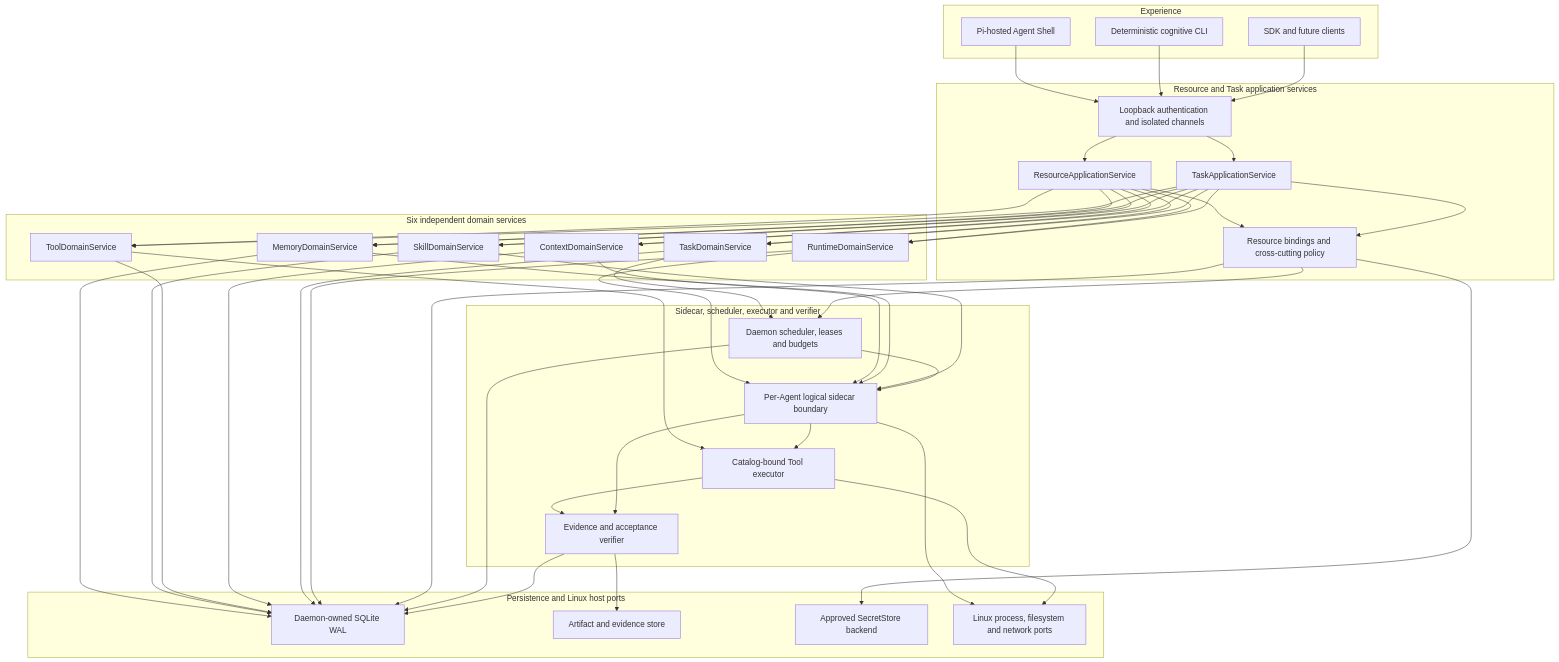
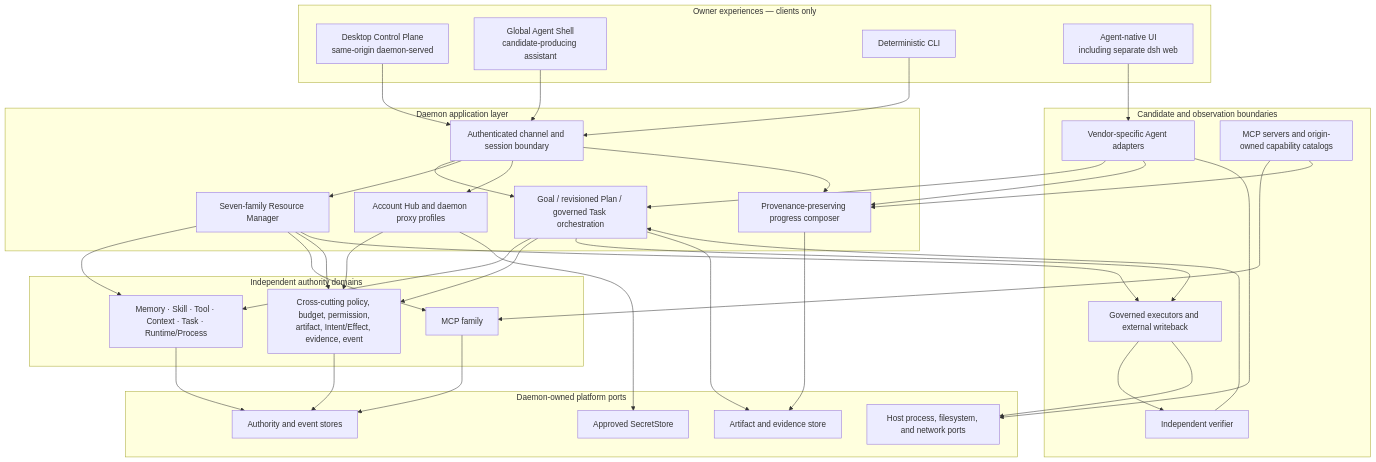
One commit to agentkernel/cognitive-os changed the first of 2 diagrams in personal/docs/architecture/system-architecture.md. Above: the diagram before and after it, drawn with Mermaid. The commit also changed other lines of this file and 123 other files, not shown here.

````diff
--- a/personal/docs/architecture/system-architecture.md
+++ b/personal/docs/architecture/system-architecture.md
@@ -29,85 +63,68 @@
 ```mermaid
 flowchart TB
-  subgraph experienceLayer["Experience"]
-    piShell["Pi-hosted Agent Shell"]
-    cognitiveCli["Deterministic cognitive CLI"]
-    sdkClients["SDK and future clients"]
+  subgraph experience["Owner experiences — clients only"]
+    desktop["Desktop Control Plane\nsame-origin daemon-served"]
+    shell["Global Agent Shell\ncandidate-producing assistant"]
+    cli["Deterministic CLI"]
+    nativeUi["Agent-native UI\nincluding separate dsh web"]
   end
 
-  subgraph applicationLayer["Resource and Task application services"]
-    channelSessions["Loopback authentication and isolated channels"]
-    resourceApplication["ResourceApplicationService"]
-    taskApplication["TaskApplicationService"]
-    bindingPolicy["Resource bindings and cross-cutting policy"]
+  subgraph application["Daemon application layer"]
+    sessions["Authenticated channel and session boundary"]
+    work["Goal / revisioned Plan / governed Task orchestration"]
+    resources["Seven-family Resource Manager"]
+    accounts["Account Hub and daemon proxy profiles"]
+    progress["Provenance-preserving progress composer"]
   end
 
-  subgraph domainLayer["Six independent domain services"]
-    memoryDomain["MemoryDomainService"]
-    skillDomain["SkillDomainService"]
-    toolDomain["ToolDomainService"]
-    contextDomain["ContextDomainService"]
-    taskDomain["TaskDomainService"]
-    runtimeDomain["RuntimeDomainService"]
+  subgraph domains["Independent authority domains"]
+    existing["Memory · Skill · Tool · Context · Task · Runtime/Process"]
+    mcp["MCP family"]
+    policy["Cross-cutting policy, budget, permission,\nartifact, Intent/Effect, evidence, event"]
   end
 
-  subgraph executionLayer["Sidecar, scheduler, executor and verifier"]
-    sidecarBoundary["Per-Agent logical sidecar boundary"]
-    schedulerAuthority["Daemon scheduler, leases and budgets"]
-    toolExecutor["Catalog-bound Tool executor"]
-    verifierAuthority["Evidence and acceptance verifier"]
+  subgraph integration["Candidate and observation boundaries"]
+    adapters["Vendor-specific Agent adapters"]
+    mcpOrigins["MCP servers and origin-owned capability catalogs"]
+    executors["Governed executors and external writeback"]
+    verifier["Independent verifier"]
   end
 
-  subgraph platformLayer["Persistence and Linux host ports"]
-    sqlitePort["Daemon-owned SQLite WAL"]
-    artifactPort["Artifact and evidence store"]
-    secretPort["Approved SecretStore backend"]
-    linuxHostPorts["Linux process, filesystem and network ports"]
+  subgraph platform["Daemon-owned platform ports"]
+    authority["Authority and event stores"]
+    artifacts["Artifact and evidence store"]
+    secrets["Approved SecretStore"]
+    host["Host process, filesystem, and network ports"]
   end
 
-  piShell --> channelSessions
-  cognitiveCli --> channelSessions
-  sdkClients --> channelSessions
-  channelSessions --> resourceApplication
-  channelSessions --> taskApplication
-  resourceApplication --> bindingPolicy
-  taskApplication --> bindingPolicy
-
-  resourceApplication --> memoryDomain
-  resourceApplication --> skillDomain
-  resourceApplication --> toolDomain
-  resourceApplication --> contextDomain
-  resourceApplication --> taskDomain
-  resourceApplication --> runtimeDomain
-  taskApplication --> taskDomain
-  taskApplication --> runtimeDomain
-  taskApplication --> toolDomain
-  taskApplication --> contextDomain
-  taskApplication --> memoryDomain
-  taskApplication --> skillDomain
-
-  runtimeDomain --> sidecarBoundary
-  taskDomain --> schedulerAuthority
-  contextDomain --> sidecarBoundary
-  memoryDomain --> sidecarBoundary
-  skillDomain --> sidecarBoundary
-  toolDomain --> toolExecutor
-  bindingPolicy --> schedulerAuthority
-  schedulerAuthority --> sidecarBoundary
-  sidecarBoundary --> toolExecutor
-  toolExecutor --> verifierAuthority
-  sidecarBoundary --> verifierAuthority
-
-  memoryDomain --> sqlitePort
-  skillDomain --> sqlitePort
-  toolDomain --> sqlitePort
-  contextDomain --> sqlitePort
-  taskDomain --> sqlitePort
-  runtimeDomain --> sqlitePort
-  bindingPolicy --> sqlitePort
-  schedulerAuthority --> sqlitePort
-  verifierAuthority --> sqlitePort
-  verifierAuthority --> artifactPort
-  sidecarBoundary --> linuxHostPorts
-  toolExecutor --> linuxHostPorts
-  bindingPolicy --> secretPort
+  desktop --> sessions
+  shell --> sessions
+  cli --> sessions
+  nativeUi --> adapters
+  sessions --> work
+  sessions --> resources
+  sessions --> accounts
+  sessions --> progress
+  work --> existing
+  work --> policy
+  resources --> existing
+  resources --> mcp
+  resources --> policy
+  accounts --> policy
+  accounts --> secrets
+  adapters --> work
+  adapters --> progress
+  mcpOrigins --> mcp
+  mcpOrigins --> progress
+  work --> executors
+  resources --> executors
+  executors --> verifier
+  verifier --> work
+  existing --> authority
+  mcp --> authority
+  policy --> authority
+  work --> artifacts
+  progress --> artifacts
+  adapters --> host
+  executors --> host
 ```
````
